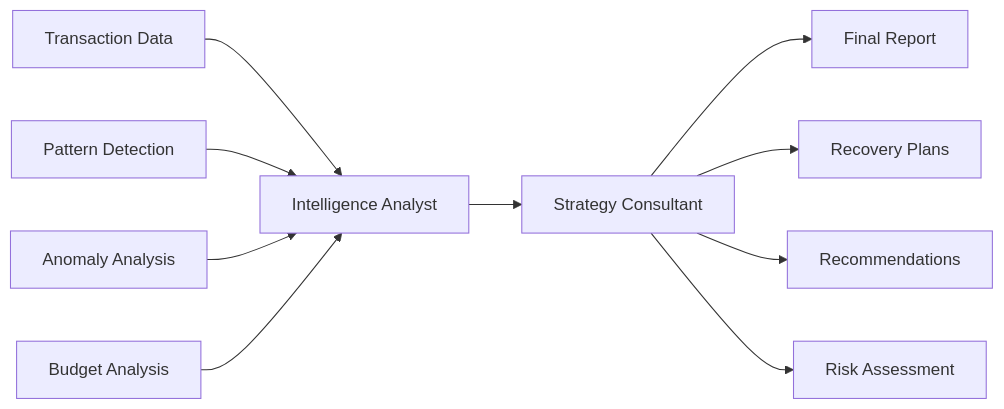
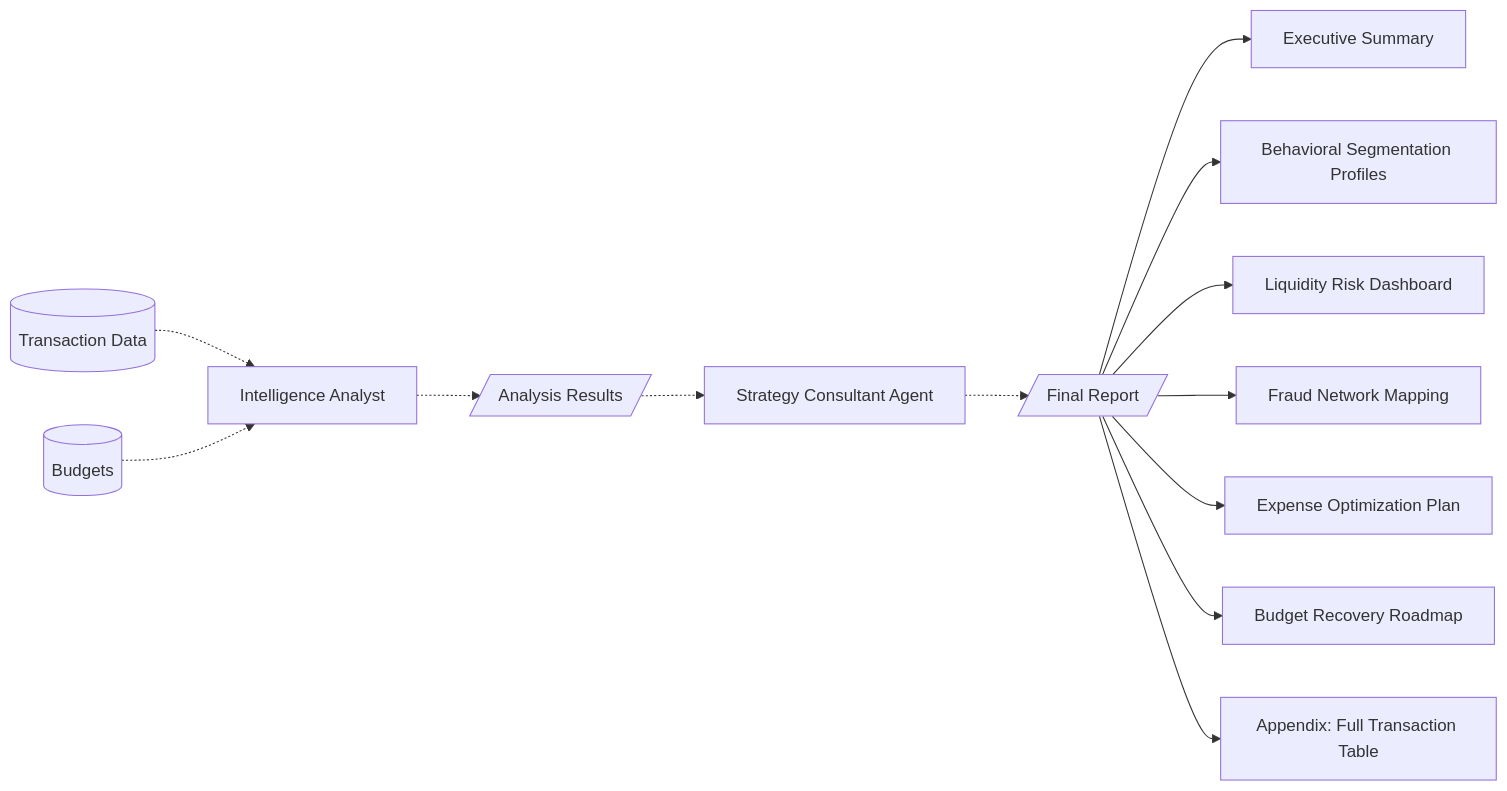
The first of 2 diagrams in README.md (rakshita-vijay/finance-tracker), drawn with Mermaid before and after one commit.

````diff
--- a/README.md
+++ b/README.md
@@ -216,14 +216,15 @@
   ```mermaid
-  graph LR
-      A[Transaction Data] --> B[Intelligence Analyst]
-      B --> C[Strategy Consultant]
-      C --> D[Final Report]
-      
-      B1[Pattern Detection] --> B
-      B2[Anomaly Analysis] --> B
-      B3[Budget Analysis] --> B
-      
-      C --> C1[Recovery Plans]
-      C --> C2[Recommendations]
-      C --> C3[Risk Assessment]
-  ```
+  flowchart LR
+      Aa[(Transaction Data)] -.-> Ab[Intelligence Analyst]
+      Ac[(Budgets)] -.-> Ab 
+      Ab -.-> A[/Analysis Results/]
+      A -.-> Ba[Strategy Consultant Agent]
+      Ba -.-> B[/Final Report/] 
+      B --> C[Executive Summary]
+      B --> D[Behavioral Segmentation Profiles]
+      B --> E[Liquidity Risk Dashboard]
+      B --> F[Fraud Network Mapping]
+      B --> G[Expense Optimization Plan]
+      B --> H[Budget Recovery Roadmap]
+      B --> I[Appendix: Full Transaction Table] 
+  ``` 
````
